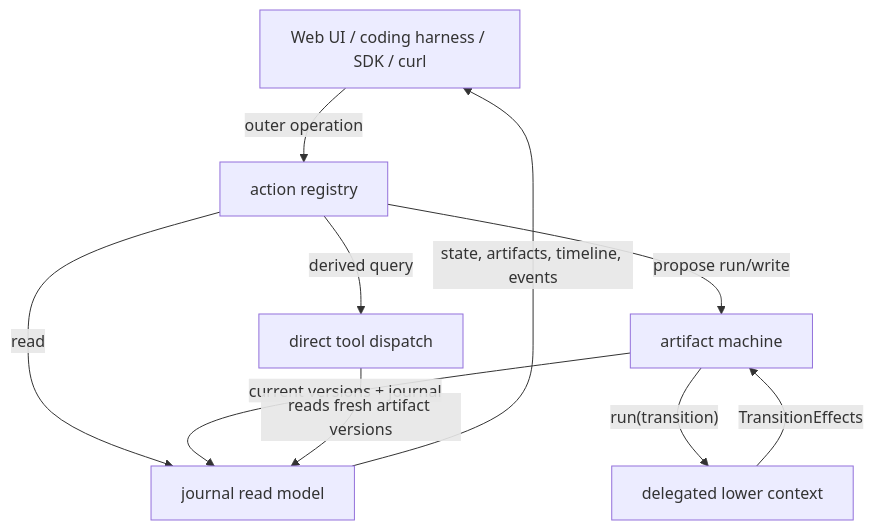
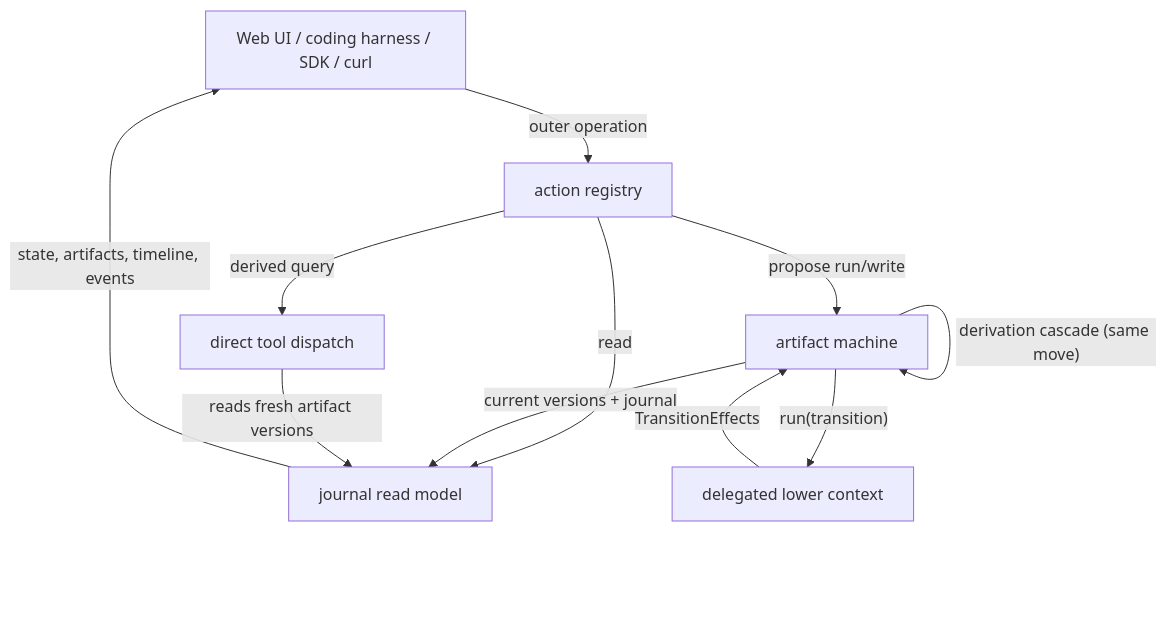
The first of 3 diagrams in docs/design/action-hierarchy.md (ma9o/causal-ssm-agent), drawn with Mermaid before and after one commit. The commit also changed other lines of this file and 84 other files, not shown here.

````diff
--- a/docs/design/action-hierarchy.md
+++ b/docs/design/action-hierarchy.md
@@ -36,17 +37,18 @@
 ```mermaid
 flowchart TB
     U["Web UI / coding harness / SDK / curl"]
     U -->|"outer operation"| A["action registry"]
 
     A -->|"read"| R["journal read model"]
     A -->|"propose run/write"| M["artifact machine"]
     A -->|"derived query"| Q["direct tool dispatch"]
 
     M -->|"run(transition)"| C["delegated lower context"]
     C -->|"TransitionEffects"| M
 
+    M -->|"derivation cascade (same move)"| M
     M -->|"current versions + journal"| R
     Q -->|"reads fresh artifact versions"| R
 
     R -->|"state, artifacts, timeline, events"| U
 ```
````
